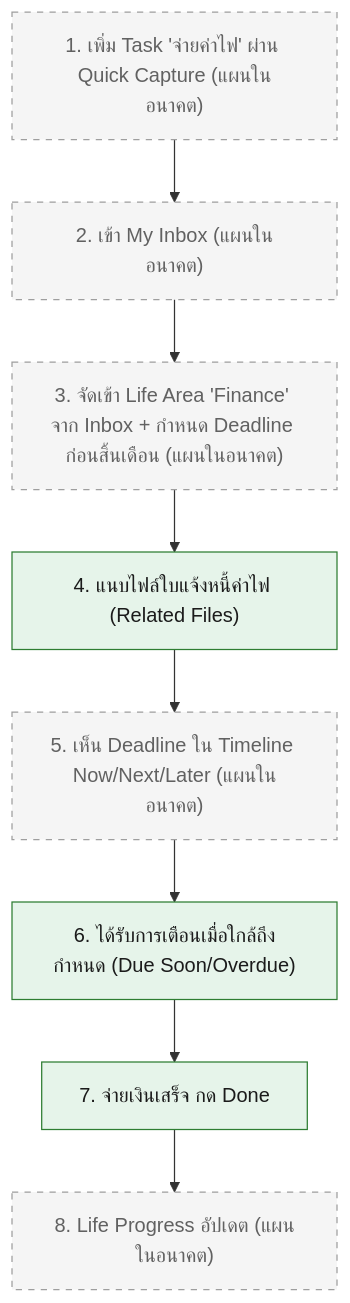
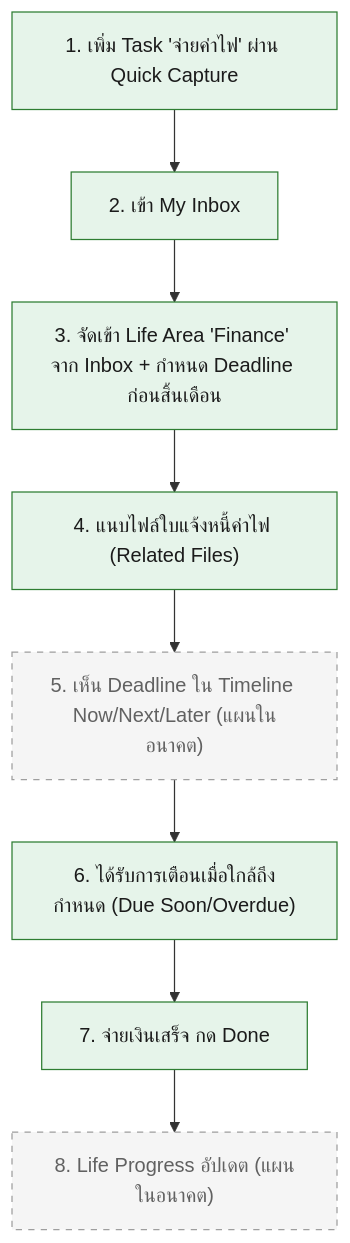
One commit to sirikorn-cmru/My-Today-Project changed the diagram in .docs/02-design/01-prototypes/user-journey-general-person.md. Above: the diagram before and after it, drawn with Mermaid. The commit also changed other lines of this file and 3 other files, not shown here.

````diff
--- a/.docs/02-design/01-prototypes/user-journey-general-person.md
+++ b/.docs/02-design/01-prototypes/user-journey-general-person.md
@@ -17,16 +17,16 @@
 ```mermaid
 flowchart TD
-    B1["1. เพิ่ม Task 'จ่ายค่าไฟ' ผ่าน Quick Capture (แผนในอนาคต)"]:::planned
-    B2["2. เข้า My Inbox (แผนในอนาคต)"]:::planned
-    B3["3. จัดเข้า Life Area 'Finance' จาก Inbox + กำหนด Deadline ก่อนสิ้นเดือน (แผนในอนาคต)"]:::planned
+    B1["1. เพิ่ม Task 'จ่ายค่าไฟ' ผ่าน Quick Capture"]:::done
+    B2["2. เข้า My Inbox"]:::done
+    B3["3. จัดเข้า Life Area 'Finance' จาก Inbox + กำหนด Deadline ก่อนสิ้นเดือน"]:::done
     B4["4. แนบไฟล์ใบแจ้งหนี้ค่าไฟ (Related Files)"]:::done
     B5["5. เห็น Deadline ใน Timeline Now/Next/Later (แผนในอนาคต)"]:::planned
     B6["6. ได้รับการเตือนเมื่อใกล้ถึงกำหนด (Due Soon/Overdue)"]:::done
     B7["7. จ่ายเงินเสร็จ กด Done"]:::done
     B8["8. Life Progress อัปเดต (แผนในอนาคต)"]:::planned
 
     B1 --> B2 --> B3 --> B4 --> B5 --> B6 --> B7 --> B8
 
     classDef done fill:#e6f4ea,stroke:#2e7d32,stroke-width:1px,color:#1b1b1b;
     classDef planned fill:#f5f5f5,stroke:#9e9e9e,stroke-width:1px,stroke-dasharray:5 5,color:#616161;
 ```
````
